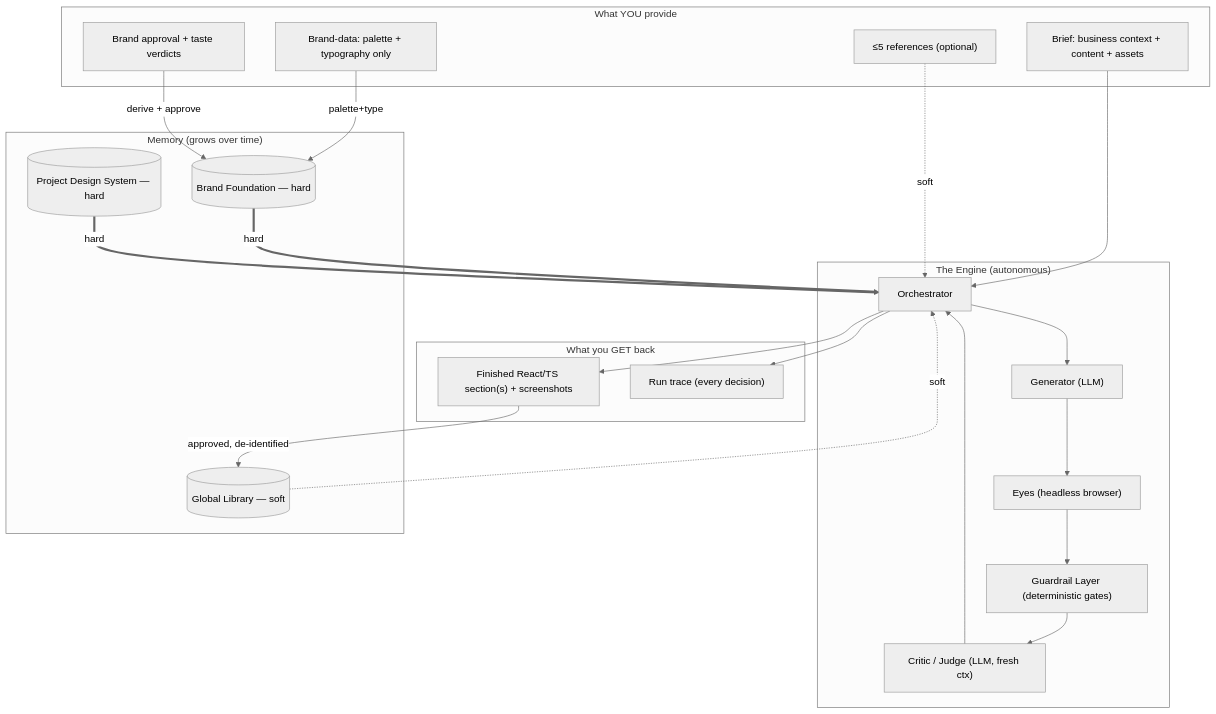
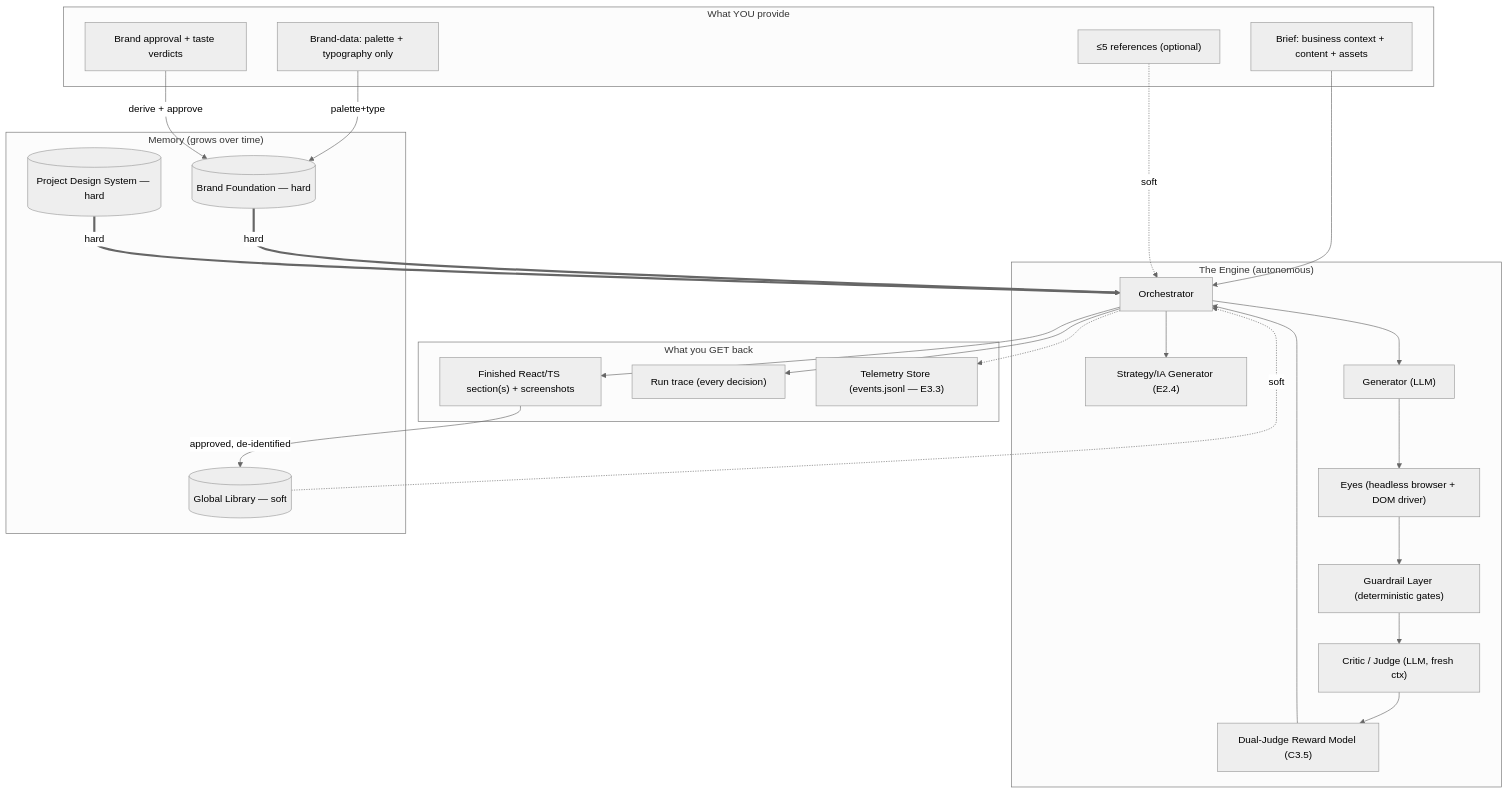
One commit to dev8xofficial/TroopHunter changed the third of 4 diagrams in future-pipeline/autonomous-design-engine/spec/README.md. Above: the diagram before and after it, drawn with Mermaid (neutral theme). The commit also changed other lines of this file and 139 other files, not shown here.

````diff
--- a/future-pipeline/autonomous-design-engine/spec/README.md
+++ b/future-pipeline/autonomous-design-engine/spec/README.md
@@ -318,37 +319,42 @@
 ```mermaid
 flowchart TB
     subgraph YOU["What YOU provide"]
         BRIEF["Brief: business context + content + assets"]
         BDATA["Brand-data: palette + typography only"]
         REFS["≤5 references (optional)"]
         APPROVE["Brand approval + taste verdicts"]
     end
     subgraph ENGINE["The Engine (autonomous)"]
         ORCH["Orchestrator"]
+        STRAT["Strategy/IA Generator (E2.4)"]
         GEN["Generator (LLM)"]
-        EYES["Eyes (headless browser)"]
+        EYES["Eyes (headless browser + DOM driver)"]
         GUARD["Guardrail Layer (deterministic gates)"]
         CRIT["Critic / Judge (LLM, fresh ctx)"]
+        RM["Dual-Judge Reward Model (C3.5)"]
     end
     subgraph MEM["Memory (grows over time)"]
         LIB[("Global Library — soft")]
         BRAND[("Brand Foundation — hard")]
         PDS[("Project Design System — hard")]
     end
     subgraph OUT["What you GET back"]
         ART["Finished React/TS section(s) + screenshots"]
         TRACE["Run trace (every decision)"]
+        TEL["Telemetry Store (events.jsonl — E3.3)"]
     end
 
     BRIEF --> ORCH
     REFS -. soft .-> ORCH
     BDATA -->|palette+type| BRAND
     APPROVE -->|derive + approve| BRAND
-    ORCH --> GEN --> EYES --> GUARD --> CRIT --> ORCH
+    ORCH --> STRAT
+    ORCH --> GEN --> EYES --> GUARD --> CRIT --> RM --> ORCH
     LIB -. soft .-> ORCH
     BRAND == hard ==> ORCH
     PDS == hard ==> ORCH
     ORCH --> ART
     ORCH --> TRACE
+    ORCH -.-> TEL
     ART -->|approved, de-identified| LIB
 ```
````
